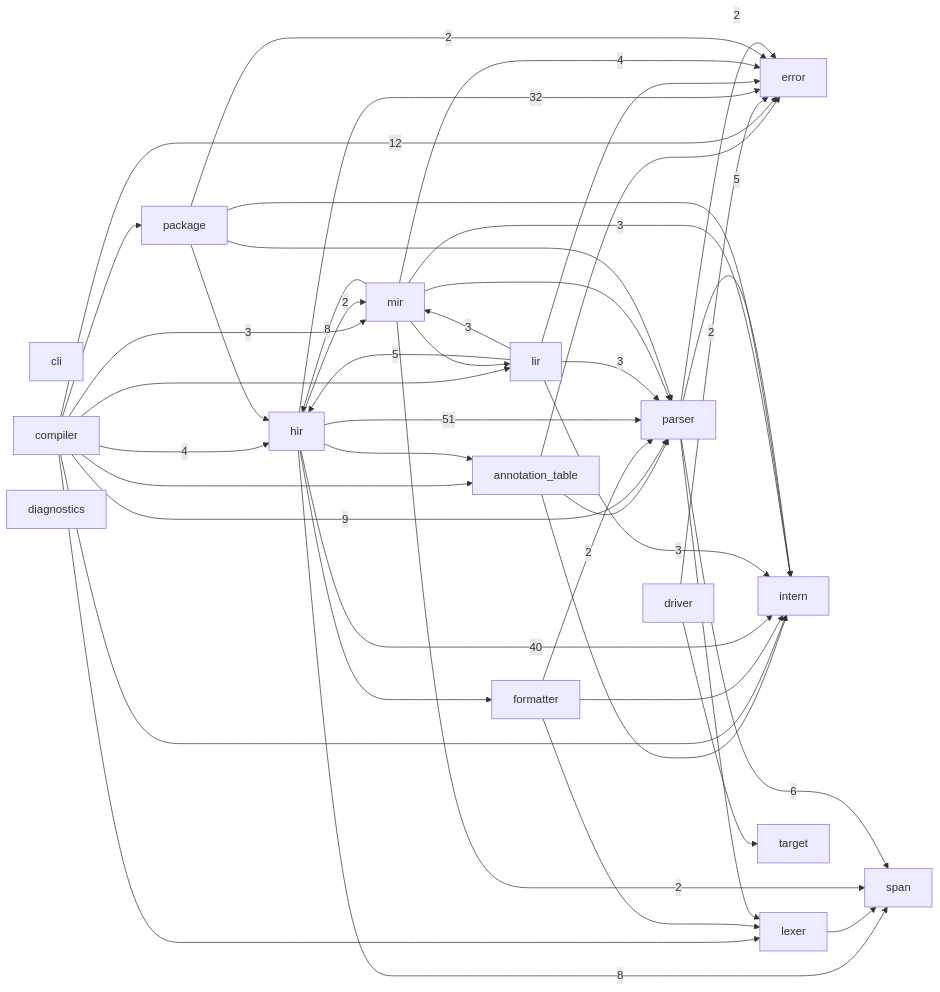
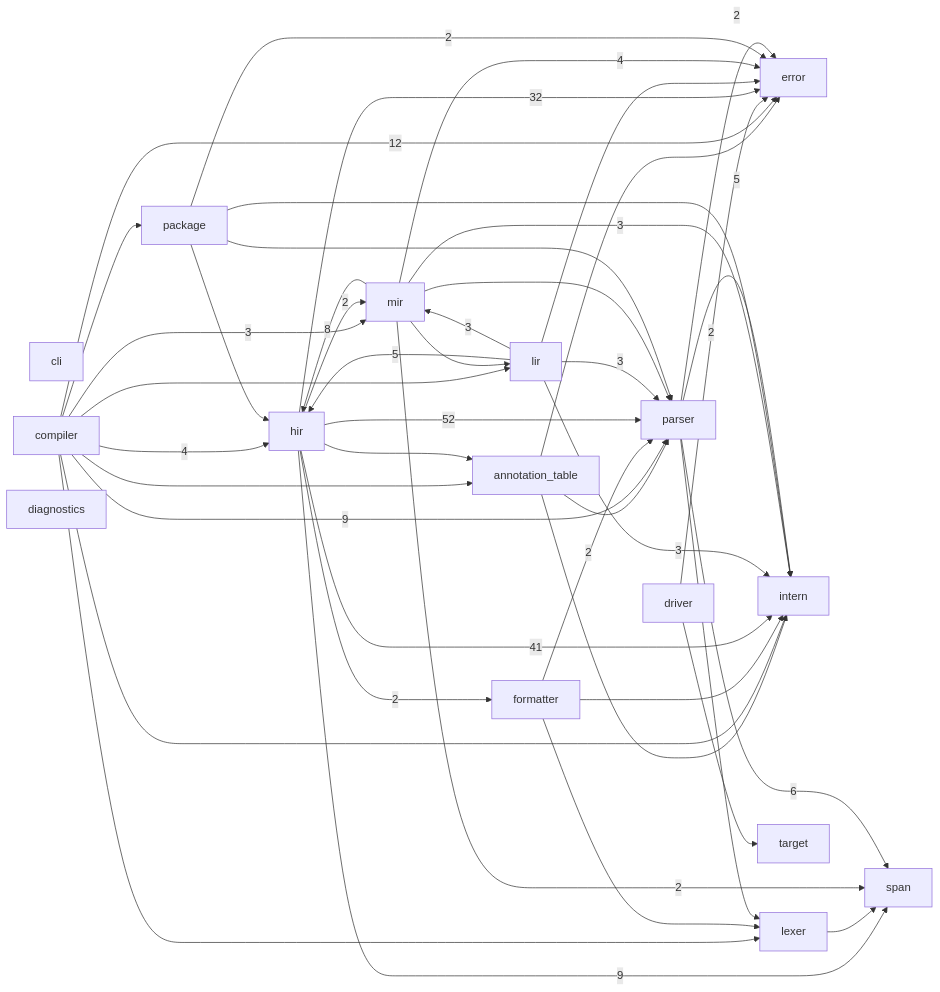
Before and after one commit to ayanami1ei/Ayanami-language: the diagram in docs/module-graph.md, drawn with Mermaid. The commit also changed other lines of this file and 14 other files, not shown here.

````diff
--- a/docs/module-graph.md
+++ b/docs/module-graph.md
@@ -6,63 +6,63 @@
 ```mermaid
 graph LR
     annotation_table
     cli
     compiler
     diagnostics
     driver
     error
     formatter
     hir
     intern
     lexer
     lir
     mir
     package
     parser
     span
     target
     annotation_table --> error
     annotation_table --> intern
     annotation_table --> parser
     compiler --> annotation_table
     compiler -->|12| error
     compiler -->|4| hir
     compiler --> intern
     compiler --> lexer
     compiler --> lir
     compiler -->|3| mir
     compiler --> package
     compiler -->|9| parser
     driver -->|2| error
     driver --> target
     formatter --> intern
     formatter --> lexer
     formatter -->|2| parser
     hir --> annotation_table
     hir -->|32| error
-    hir --> formatter
-    hir -->|40| intern
+    hir -->|2| formatter
+    hir -->|41| intern
     hir -->|2| mir
-    hir -->|51| parser
-    hir -->|8| span
+    hir -->|52| parser
+    hir -->|9| span
     lexer --> span
     lir --> error
     lir -->|5| hir
     lir -->|3| intern
     lir -->|3| mir
     lir -->|3| parser
     mir -->|4| error
     mir -->|8| hir
     mir -->|3| intern
     mir --> lir
     mir --> parser
     mir -->|2| span
     package -->|2| error
     package --> hir
     package --> intern
     package --> parser
     parser -->|2| error
     parser -->|5| intern
     parser --> lexer
     parser -->|6| span
 ```
````
